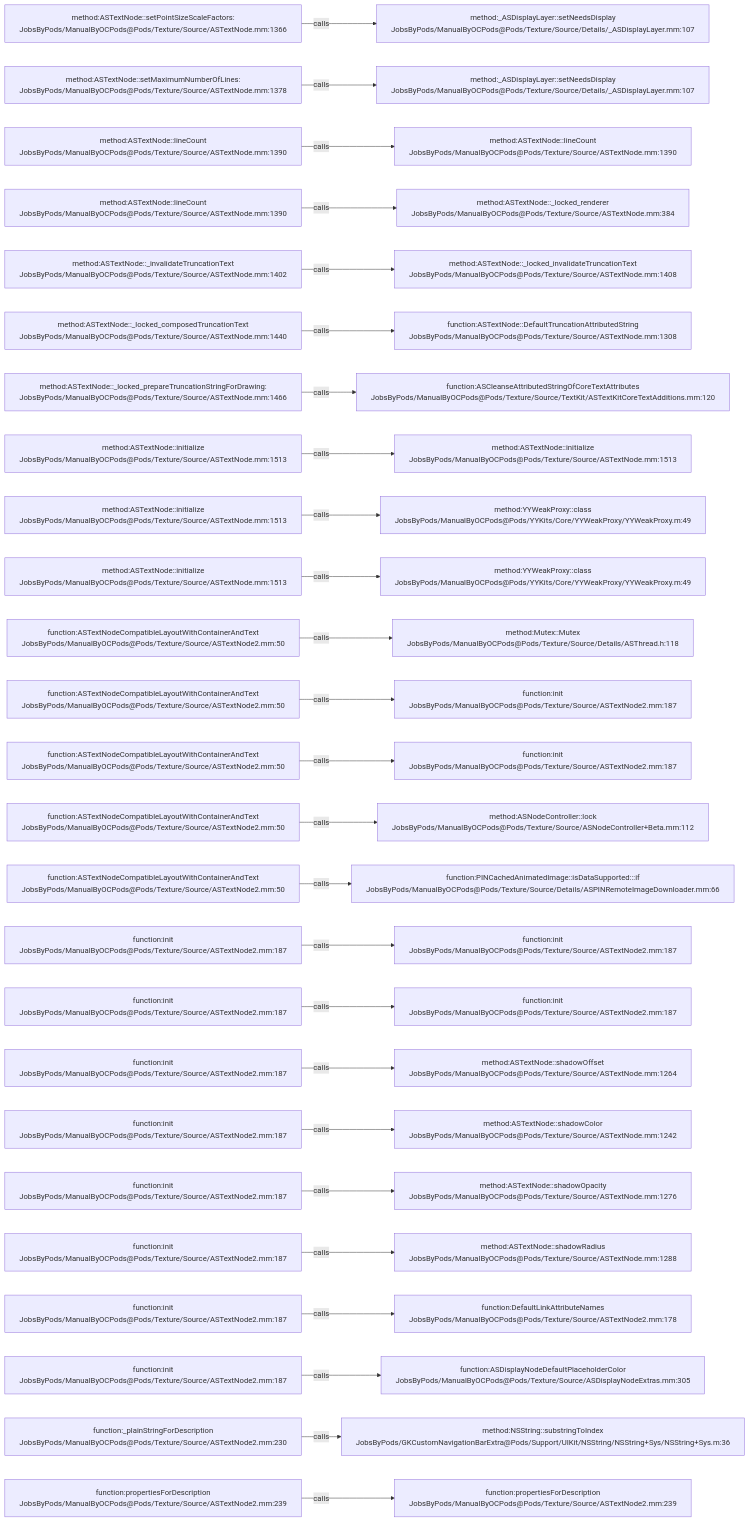
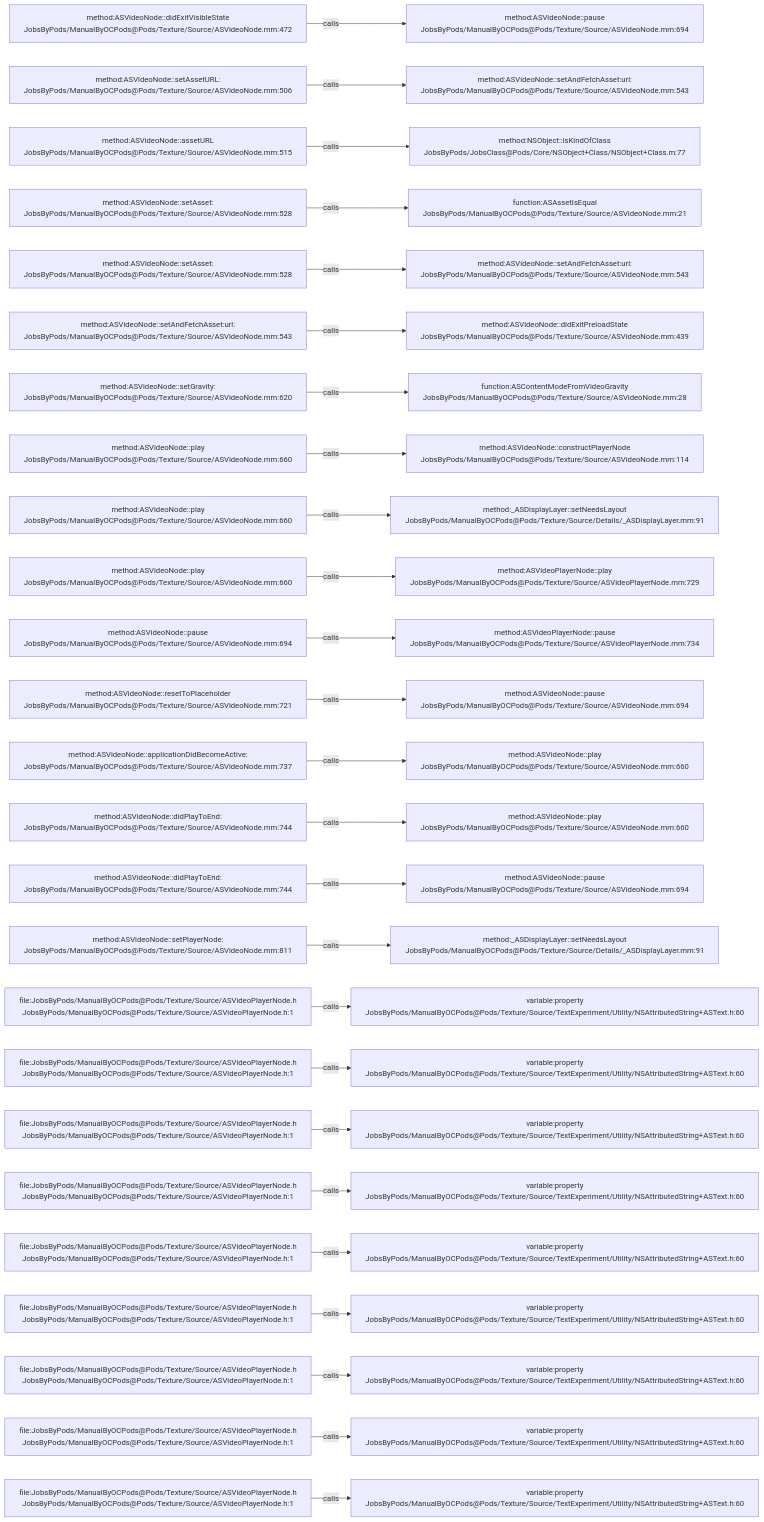
Before and after one commit to JobsKits/JobsOCBaseConfigDemo: the diagram in .codegraph/codegraph.md/graphs/calls-136.md, drawn with Mermaid. The commit also changed 1448 other files, not shown here.

````diff
--- a/.codegraph/codegraph.md/graphs/calls-136.md
+++ b/.codegraph/codegraph.md/graphs/calls-136.md
@@ -13,78 +13,78 @@
 ```mermaid
 flowchart LR
-  S1["method:ASTextNode::setPointSizeScaleFactors:<br/>JobsByPods/ManualByOCPods@Pods/Texture/Source/ASTextNode.mm:1366"]
-  T1["method:_ASDisplayLayer::setNeedsDisplay<br/>JobsByPods/ManualByOCPods@Pods/Texture/Source/Details/_ASDisplayLayer.mm:107"]
+  S1["method:ASVideoNode::didExitVisibleState<br/>JobsByPods/ManualByOCPods@Pods/Texture/Source/ASVideoNode.mm:472"]
+  T1["method:ASVideoNode::pause<br/>JobsByPods/ManualByOCPods@Pods/Texture/Source/ASVideoNode.mm:694"]
   S1 -->|calls| T1
-  S2["method:ASTextNode::setMaximumNumberOfLines:<br/>JobsByPods/ManualByOCPods@Pods/Texture/Source/ASTextNode.mm:1378"]
-  T2["method:_ASDisplayLayer::setNeedsDisplay<br/>JobsByPods/ManualByOCPods@Pods/Texture/Source/Details/_ASDisplayLayer.mm:107"]
+  S2["method:ASVideoNode::setAssetURL:<br/>JobsByPods/ManualByOCPods@Pods/Texture/Source/ASVideoNode.mm:506"]
+  T2["method:ASVideoNode::setAndFetchAsset:url:<br/>JobsByPods/ManualByOCPods@Pods/Texture/Source/ASVideoNode.mm:543"]
   S2 -->|calls| T2
-  S3["method:ASTextNode::lineCount<br/>JobsByPods/ManualByOCPods@Pods/Texture/Source/ASTextNode.mm:1390"]
-  T3["method:ASTextNode::lineCount<br/>JobsByPods/ManualByOCPods@Pods/Texture/Source/ASTextNode.mm:1390"]
+  S3["method:ASVideoNode::assetURL<br/>JobsByPods/ManualByOCPods@Pods/Texture/Source/ASVideoNode.mm:515"]
+  T3["method:NSObject::isKindOfClass<br/>JobsByPods/JobsClass@Pods/Core/NSObject+Class/NSObject+Class.m:77"]
   S3 -->|calls| T3
-  S4["method:ASTextNode::lineCount<br/>JobsByPods/ManualByOCPods@Pods/Texture/Source/ASTextNode.mm:1390"]
-  T4["method:ASTextNode::_locked_renderer<br/>JobsByPods/ManualByOCPods@Pods/Texture/Source/ASTextNode.mm:384"]
+  S4["method:ASVideoNode::setAsset:<br/>JobsByPods/ManualByOCPods@Pods/Texture/Source/ASVideoNode.mm:528"]
+  T4["function:ASAssetIsEqual<br/>JobsByPods/ManualByOCPods@Pods/Texture/Source/ASVideoNode.mm:21"]
   S4 -->|calls| T4
-  S5["method:ASTextNode::_invalidateTruncationText<br/>JobsByPods/ManualByOCPods@Pods/Texture/Source/ASTextNode.mm:1402"]
-  T5["method:ASTextNode::_locked_invalidateTruncationText<br/>JobsByPods/ManualByOCPods@Pods/Texture/Source/ASTextNode.mm:1408"]
+  S5["method:ASVideoNode::setAsset:<br/>JobsByPods/ManualByOCPods@Pods/Texture/Source/ASVideoNode.mm:528"]
+  T5["method:ASVideoNode::setAndFetchAsset:url:<br/>JobsByPods/ManualByOCPods@Pods/Texture/Source/ASVideoNode.mm:543"]
   S5 -->|calls| T5
-  S6["method:ASTextNode::_locked_composedTruncationText<br/>JobsByPods/ManualByOCPods@Pods/Texture/Source/ASTextNode.mm:1440"]
-  T6["function:ASTextNode::DefaultTruncationAttributedString<br/>JobsByPods/ManualByOCPods@Pods/Texture/Source/ASTextNode.mm:1308"]
+  S6["method:ASVideoNode::setAndFetchAsset:url:<br/>JobsByPods/ManualByOCPods@Pods/Texture/Source/ASVideoNode.mm:543"]
+  T6["method:ASVideoNode::didExitPreloadState<br/>JobsByPods/ManualByOCPods@Pods/Texture/Source/ASVideoNode.mm:439"]
   S6 -->|calls| T6
-  S7["method:ASTextNode::_locked_prepareTruncationStringForDrawing:<br/>JobsByPods/ManualByOCPods@Pods/Texture/Source/ASTextNode.mm:1466"]
-  T7["function:ASCleanseAttributedStringOfCoreTextAttributes<br/>JobsByPods/ManualByOCPods@Pods/Texture/Source/TextKit/ASTextKitCoreTextAdditions.mm:120"]
+  S7["method:ASVideoNode::setGravity:<br/>JobsByPods/ManualByOCPods@Pods/Texture/Source/ASVideoNode.mm:620"]
+  T7["function:ASContentModeFromVideoGravity<br/>JobsByPods/ManualByOCPods@Pods/Texture/Source/ASVideoNode.mm:28"]
   S7 -->|calls| T7
-  S8["method:ASTextNode::initialize<br/>JobsByPods/ManualByOCPods@Pods/Texture/Source/ASTextNode.mm:1513"]
-  T8["method:ASTextNode::initialize<br/>JobsByPods/ManualByOCPods@Pods/Texture/Source/ASTextNode.mm:1513"]
+  S8["method:ASVideoNode::play<br/>JobsByPods/ManualByOCPods@Pods/Texture/Source/ASVideoNode.mm:660"]
+  T8["method:ASVideoNode::constructPlayerNode<br/>JobsByPods/ManualByOCPods@Pods/Texture/Source/ASVideoNode.mm:114"]
   S8 -->|calls| T8
-  S9["method:ASTextNode::initialize<br/>JobsByPods/ManualByOCPods@Pods/Texture/Source/ASTextNode.mm:1513"]
-  T9["method:YYWeakProxy::class<br/>JobsByPods/ManualByOCPods@Pods/YYKits/Core/YYWeakProxy/YYWeakProxy.m:49"]
+  S9["method:ASVideoNode::play<br/>JobsByPods/ManualByOCPods@Pods/Texture/Source/ASVideoNode.mm:660"]
+  T9["method:_ASDisplayLayer::setNeedsLayout<br/>JobsByPods/ManualByOCPods@Pods/Texture/Source/Details/_ASDisplayLayer.mm:91"]
   S9 -->|calls| T9
-  S10["method:ASTextNode::initialize<br/>JobsByPods/ManualByOCPods@Pods/Texture/Source/ASTextNode.mm:1513"]
-  T10["method:YYWeakProxy::class<br/>JobsByPods/ManualByOCPods@Pods/YYKits/Core/YYWeakProxy/YYWeakProxy.m:49"]
+  S10["method:ASVideoNode::play<br/>JobsByPods/ManualByOCPods@Pods/Texture/Source/ASVideoNode.mm:660"]
+  T10["method:ASVideoPlayerNode::play<br/>JobsByPods/ManualByOCPods@Pods/Texture/Source/ASVideoPlayerNode.mm:729"]
   S10 -->|calls| T10
-  S11["function:ASTextNodeCompatibleLayoutWithContainerAndText<br/>JobsByPods/ManualByOCPods@Pods/Texture/Source/ASTextNode2.mm:50"]
-  T11["method:Mutex::Mutex<br/>JobsByPods/ManualByOCPods@Pods/Texture/Source/Details/ASThread.h:118"]
+  S11["method:ASVideoNode::pause<br/>JobsByPods/ManualByOCPods@Pods/Texture/Source/ASVideoNode.mm:694"]
+  T11["method:ASVideoPlayerNode::pause<br/>JobsByPods/ManualByOCPods@Pods/Texture/Source/ASVideoPlayerNode.mm:734"]
   S11 -->|calls| T11
-  S12["function:ASTextNodeCompatibleLayoutWithContainerAndText<br/>JobsByPods/ManualByOCPods@Pods/Texture/Source/ASTextNode2.mm:50"]
-  T12["function:init<br/>JobsByPods/ManualByOCPods@Pods/Texture/Source/ASTextNode2.mm:187"]
+  S12["method:ASVideoNode::resetToPlaceholder<br/>JobsByPods/ManualByOCPods@Pods/Texture/Source/ASVideoNode.mm:721"]
+  T12["method:ASVideoNode::pause<br/>JobsByPods/ManualByOCPods@Pods/Texture/Source/ASVideoNode.mm:694"]
   S12 -->|calls| T12
-  S13["function:ASTextNodeCompatibleLayoutWithContainerAndText<br/>JobsByPods/ManualByOCPods@Pods/Texture/Source/ASTextNode2.mm:50"]
-  T13["function:init<br/>JobsByPods/ManualByOCPods@Pods/Texture/Source/ASTextNode2.mm:187"]
+  S13["method:ASVideoNode::applicationDidBecomeActive:<br/>JobsByPods/ManualByOCPods@Pods/Texture/Source/ASVideoNode.mm:737"]
+  T13["method:ASVideoNode::play<br/>JobsByPods/ManualByOCPods@Pods/Texture/Source/ASVideoNode.mm:660"]
   S13 -->|calls| T13
-  S14["function:ASTextNodeCompatibleLayoutWithContainerAndText<br/>JobsByPods/ManualByOCPods@Pods/Texture/Source/ASTextNode2.mm:50"]
-  T14["method:ASNodeController::lock<br/>JobsByPods/ManualByOCPods@Pods/Texture/Source/ASNodeController+Beta.mm:112"]
+  S14["method:ASVideoNode::didPlayToEnd:<br/>JobsByPods/ManualByOCPods@Pods/Texture/Source/ASVideoNode.mm:744"]
+  T14["method:ASVideoNode::play<br/>JobsByPods/ManualByOCPods@Pods/Texture/Source/ASVideoNode.mm:660"]
   S14 -->|calls| T14
-  S15["function:ASTextNodeCompatibleLayoutWithContainerAndText<br/>JobsByPods/ManualByOCPods@Pods/Texture/Source/ASTextNode2.mm:50"]
-  T15["function:PINCachedAnimatedImage::isDataSupported:::if<br/>JobsByPods/ManualByOCPods@Pods/Texture/Source/Details/ASPINRemoteImageDownloader.mm:66"]
+  S15["method:ASVideoNode::didPlayToEnd:<br/>JobsByPods/ManualByOCPods@Pods/Texture/Source/ASVideoNode.mm:744"]
+  T15["method:ASVideoNode::pause<br/>JobsByPods/ManualByOCPods@Pods/Texture/Source/ASVideoNode.mm:694"]
   S15 -->|calls| T15
-  S16["function:init<br/>JobsByPods/ManualByOCPods@Pods/Texture/Source/ASTextNode2.mm:187"]
-  T16["function:init<br/>JobsByPods/ManualByOCPods@Pods/Texture/Source/ASTextNode2.mm:187"]
+  S16["method:ASVideoNode::setPlayerNode:<br/>JobsByPods/ManualByOCPods@Pods/Texture/Source/ASVideoNode.mm:811"]
+  T16["method:_ASDisplayLayer::setNeedsLayout<br/>JobsByPods/ManualByOCPods@Pods/Texture/Source/Details/_ASDisplayLayer.mm:91"]
   S16 -->|calls| T16
-  S17["function:init<br/>JobsByPods/ManualByOCPods@Pods/Texture/Source/ASTextNode2.mm:187"]
-  T17["function:init<br/>JobsByPods/ManualByOCPods@Pods/Texture/Source/ASTextNode2.mm:187"]
+  S17["file:JobsByPods/ManualByOCPods@Pods/Texture/Source/ASVideoPlayerNode.h<br/>JobsByPods/ManualByOCPods@Pods/Texture/Source/ASVideoPlayerNode.h:1"]
+  T17["variable:property<br/>JobsByPods/ManualByOCPods@Pods/Texture/Source/TextExperiment/Utility/NSAttributedString+ASText.h:60"]
   S17 -->|calls| T17
-  S18["function:init<br/>JobsByPods/ManualByOCPods@Pods/Texture/Source/ASTextNode2.mm:187"]
-  T18["method:ASTextNode::shadowOffset<br/>JobsByPods/ManualByOCPods@Pods/Texture/Source/ASTextNode.mm:1264"]
+  S18["file:JobsByPods/ManualByOCPods@Pods/Texture/Source/ASVideoPlayerNode.h<br/>JobsByPods/ManualByOCPods@Pods/Texture/Source/ASVideoPlayerNode.h:1"]
+  T18["variable:property<br/>JobsByPods/ManualByOCPods@Pods/Texture/Source/TextExperiment/Utility/NSAttributedString+ASText.h:60"]
   S18 -->|calls| T18
-  S19["function:init<br/>JobsByPods/ManualByOCPods@Pods/Texture/Source/ASTextNode2.mm:187"]
-  T19["method:ASTextNode::shadowColor<br/>JobsByPods/ManualByOCPods@Pods/Texture/Source/ASTextNode.mm:1242"]
+  S19["file:JobsByPods/ManualByOCPods@Pods/Texture/Source/ASVideoPlayerNode.h<br/>JobsByPods/ManualByOCPods@Pods/Texture/Source/ASVideoPlayerNode.h:1"]
+  T19["variable:property<br/>JobsByPods/ManualByOCPods@Pods/Texture/Source/TextExperiment/Utility/NSAttributedString+ASText.h:60"]
   S19 -->|calls| T19
-  S20["function:init<br/>JobsByPods/ManualByOCPods@Pods/Texture/Source/ASTextNode2.mm:187"]
-  T20["method:ASTextNode::shadowOpacity<br/>JobsByPods/ManualByOCPods@Pods/Texture/Source/ASTextNode.mm:1276"]
+  S20["file:JobsByPods/ManualByOCPods@Pods/Texture/Source/ASVideoPlayerNode.h<br/>JobsByPods/ManualByOCPods@Pods/Texture/Source/ASVideoPlayerNode.h:1"]
+  T20["variable:property<br/>JobsByPods/ManualByOCPods@Pods/Texture/Source/TextExperiment/Utility/NSAttributedString+ASText.h:60"]
   S20 -->|calls| T20
-  S21["function:init<br/>JobsByPods/ManualByOCPods@Pods/Texture/Source/ASTextNode2.mm:187"]
-  T21["method:ASTextNode::shadowRadius<br/>JobsByPods/ManualByOCPods@Pods/Texture/Source/ASTextNode.mm:1288"]
+  S21["file:JobsByPods/ManualByOCPods@Pods/Texture/Source/ASVideoPlayerNode.h<br/>JobsByPods/ManualByOCPods@Pods/Texture/Source/ASVideoPlayerNode.h:1"]
+  T21["variable:property<br/>JobsByPods/ManualByOCPods@Pods/Texture/Source/TextExperiment/Utility/NSAttributedString+ASText.h:60"]
   S21 -->|calls| T21
-  S22["function:init<br/>JobsByPods/ManualByOCPods@Pods/Texture/Source/ASTextNode2.mm:187"]
-  T22["function:DefaultLinkAttributeNames<br/>JobsByPods/ManualByOCPods@Pods/Texture/Source/ASTextNode2.mm:178"]
+  S22["file:JobsByPods/ManualByOCPods@Pods/Texture/Source/ASVideoPlayerNode.h<br/>JobsByPods/ManualByOCPods@Pods/Texture/Source/ASVideoPlayerNode.h:1"]
+  T22["variable:property<br/>JobsByPods/ManualByOCPods@Pods/Texture/Source/TextExperiment/Utility/NSAttributedString+ASText.h:60"]
   S22 -->|calls| T22
-  S23["function:init<br/>JobsByPods/ManualByOCPods@Pods/Texture/Source/ASTextNode2.mm:187"]
-  T23["function:ASDisplayNodeDefaultPlaceholderColor<br/>JobsByPods/ManualByOCPods@Pods/Texture/Source/ASDisplayNodeExtras.mm:305"]
+  S23["file:JobsByPods/ManualByOCPods@Pods/Texture/Source/ASVideoPlayerNode.h<br/>JobsByPods/ManualByOCPods@Pods/Texture/Source/ASVideoPlayerNode.h:1"]
+  T23["variable:property<br/>JobsByPods/ManualByOCPods@Pods/Texture/Source/TextExperiment/Utility/NSAttributedString+ASText.h:60"]
   S23 -->|calls| T23
-  S24["function:_plainStringForDescription<br/>JobsByPods/ManualByOCPods@Pods/Texture/Source/ASTextNode2.mm:230"]
-  T24["method:NSString::substringToIndex<br/>JobsByPods/GKCustomNavigationBarExtra@Pods/Support/UIKit/NSString/NSString+Sys/NSString+Sys.m:36"]
+  S24["file:JobsByPods/ManualByOCPods@Pods/Texture/Source/ASVideoPlayerNode.h<br/>JobsByPods/ManualByOCPods@Pods/Texture/Source/ASVideoPlayerNode.h:1"]
+  T24["variable:property<br/>JobsByPods/ManualByOCPods@Pods/Texture/Source/TextExperiment/Utility/NSAttributedString+ASText.h:60"]
   S24 -->|calls| T24
-  S25["function:propertiesForDescription<br/>JobsByPods/ManualByOCPods@Pods/Texture/Source/ASTextNode2.mm:239"]
-  T25["function:propertiesForDescription<br/>JobsByPods/ManualByOCPods@Pods/Texture/Source/ASTextNode2.mm:239"]
+  S25["file:JobsByPods/ManualByOCPods@Pods/Texture/Source/ASVideoPlayerNode.h<br/>JobsByPods/ManualByOCPods@Pods/Texture/Source/ASVideoPlayerNode.h:1"]
+  T25["variable:property<br/>JobsByPods/ManualByOCPods@Pods/Texture/Source/TextExperiment/Utility/NSAttributedString+ASText.h:60"]
   S25 -->|calls| T25
 ```
````
